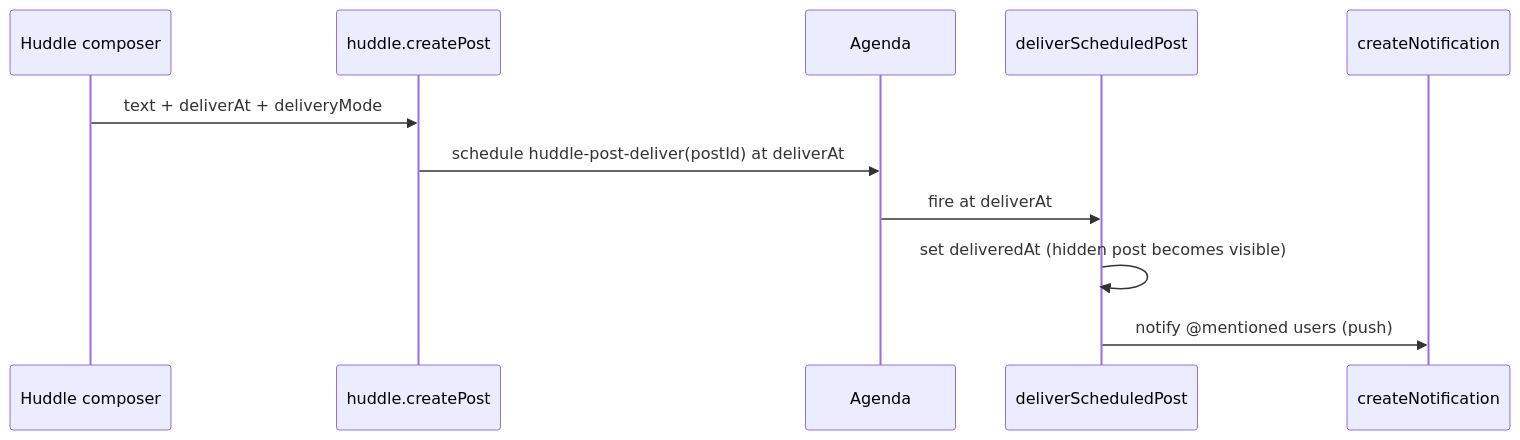
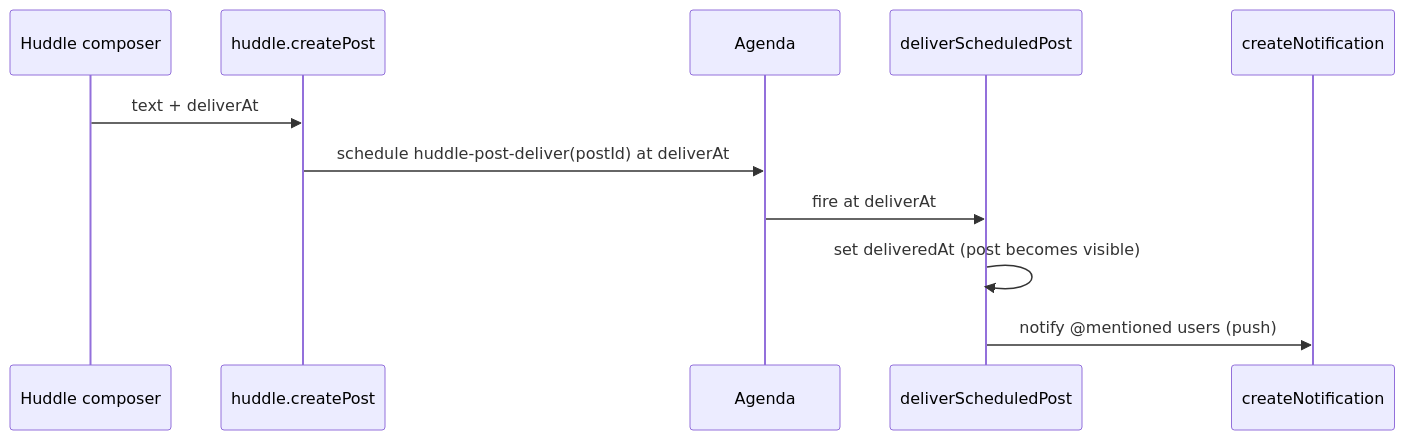
One commit to mieweb/timehuddle changed the diagram in docs/huddle-scheduled-posts-plan.md. Above: the diagram before and after it, drawn with Mermaid. The commit also changed other lines of this file and 13 other files, not shown here.

````diff
--- a/docs/huddle-scheduled-posts-plan.md
+++ b/docs/huddle-scheduled-posts-plan.md
@@ -37,13 +37,13 @@
 ```mermaid
 sequenceDiagram
   participant Composer as Huddle composer
   participant Method as huddle.createPost
   participant Agenda
   participant Delivery as deliverScheduledPost
   participant Notify as createNotification
-  Composer->>Method: text + deliverAt + deliveryMode
+  Composer->>Method: text + deliverAt
   Method->>Agenda: schedule huddle-post-deliver(postId) at deliverAt
   Agenda->>Delivery: fire at deliverAt
-  Delivery->>Delivery: set deliveredAt (hidden post becomes visible)
+  Delivery->>Delivery: set deliveredAt (post becomes visible)
   Delivery->>Notify: notify @mentioned users (push)
 ```
````
